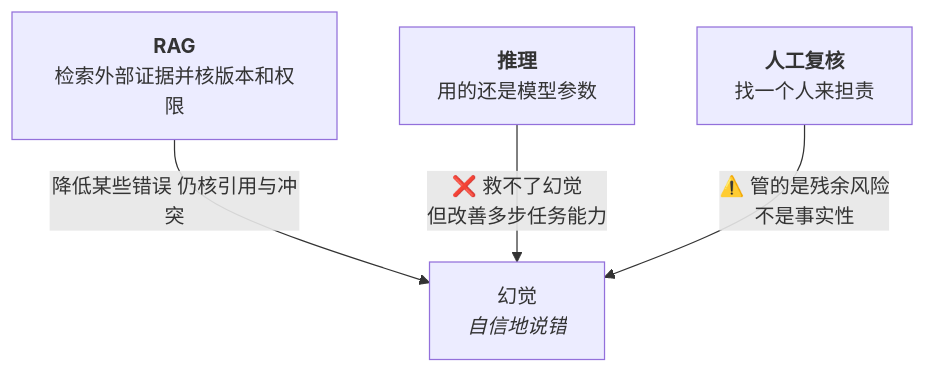
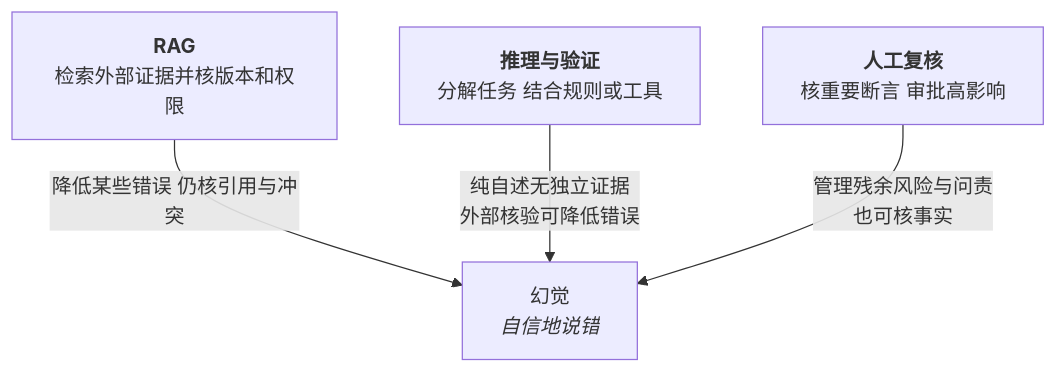
Before and after one commit to CercaTrovato/cityu-ai-course-notes: the tenth of 10 diagrams in IS5542_GenAI_in_Business/notes/M01-导论-生成式AI基础与企业落地.md, drawn with Mermaid. The commit also changed other lines of this file and 224 other files, not shown here.

First line of the commit message:
完善五门课图文可读性并更新仓库首页

````diff
--- a/IS5542_GenAI_in_Business/notes/M01-导论-生成式AI基础与企业落地.md
+++ b/IS5542_GenAI_in_Business/notes/M01-导论-生成式AI基础与企业落地.md
@@ -2206,7 +3035,7 @@
 ```mermaid
 flowchart TD
     H["幻觉<br><i>自信地说错</i>"]
     R["<b>RAG</b><br>检索外部证据并核版本和权限"] -->|"降低某些错误 仍核引用与冲突"| H
-    RE["<b>推理</b><br>用的还是模型参数"] -->|"❌ 救不了幻觉<br>但改善多步任务能力"| H
-    HR["<b>人工复核</b><br>找一个人来担责"] -->|"⚠️ 管的是残余风险<br>不是事实性"| H
+    RE["<b>推理与验证</b><br>分解任务 结合规则或工具"] -->|"纯自述无独立证据<br>外部核验可降低错误"| H
+    HR["<b>人工复核</b><br>核重要断言 审批高影响"] -->|"管理残余风险与问责<br>也可核事实"| H
 ```
````
